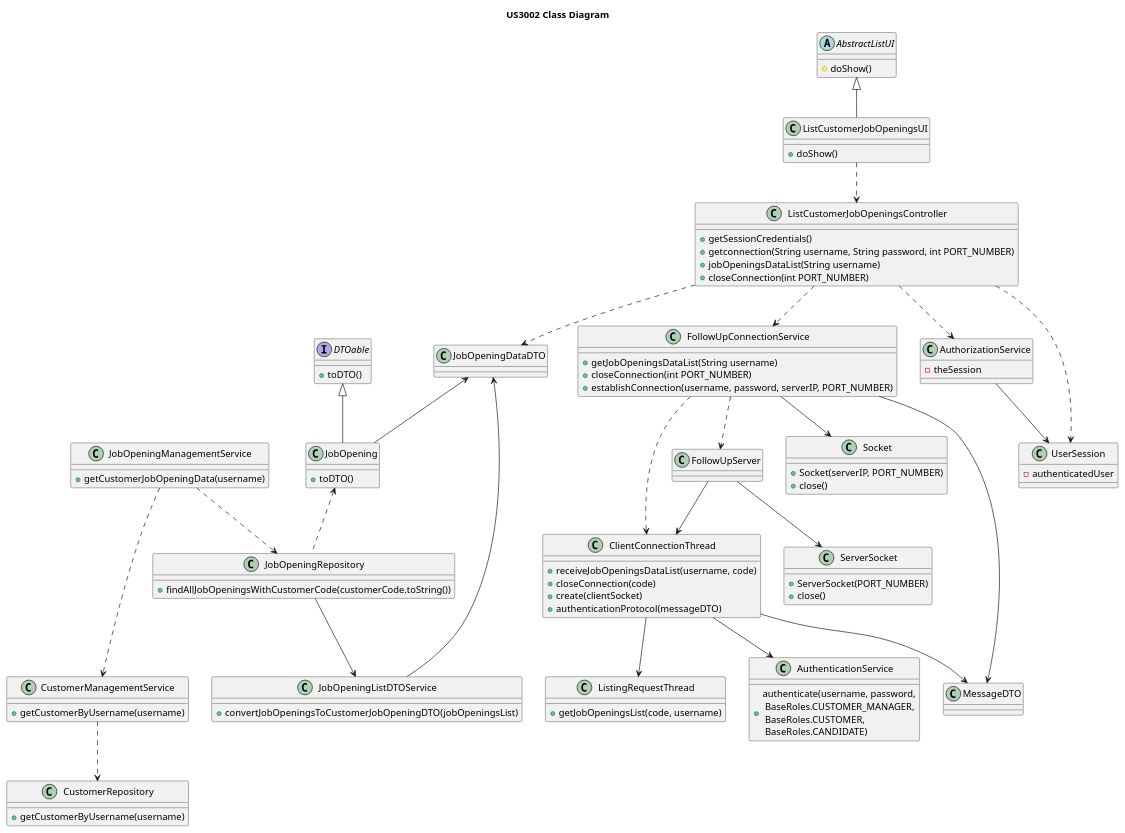
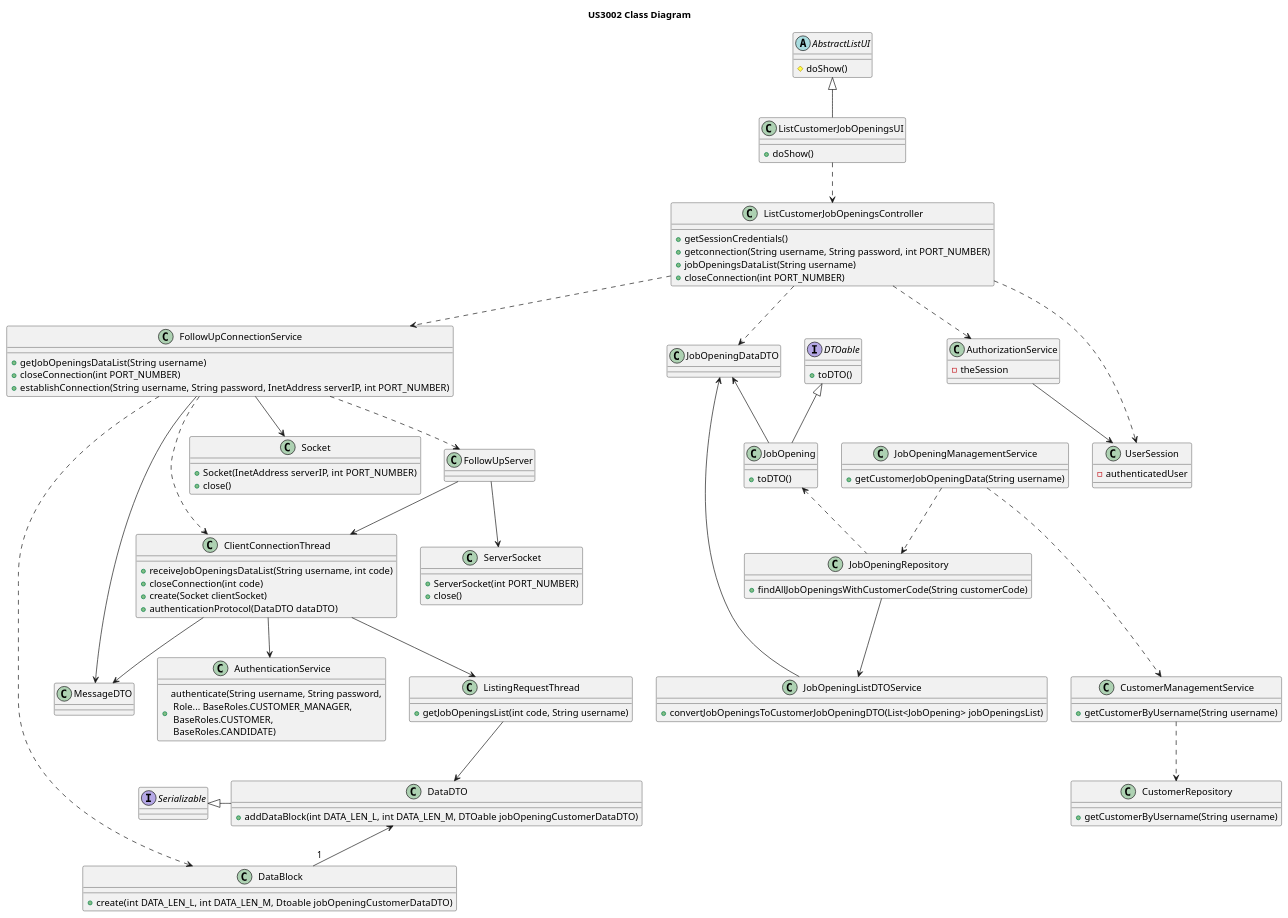
Before and after one commit to rita-barbosa/LAPR4-2324: the diagram in docs/sprint-c/us_3002/US3002_CD/us3002_cd.puml, drawn with PlantUML. The commit also changed 9 other files, not shown here.

```diff
--- a/docs/sprint-c/us_3002/US3002_CD/us3002_cd.puml
+++ b/docs/sprint-c/us_3002/US3002_CD/us3002_cd.puml
@@ -1,137 +1,154 @@
 @startuml
 'https://plantuml.com/class-diagram
 
 title US3002 Class Diagram
 
 abstract class AbstractListUI {
 # doShow()
 }
 
+interface Serializable {}
 
 interface DTOable {
 + toDTO()
 }
 
 class ListCustomerJobOpeningsUI {
 + doShow()
 }
 
 class ListCustomerJobOpeningsController {
 + getSessionCredentials()
 + getconnection(String username, String password, int PORT_NUMBER)
 + jobOpeningsDataList(String username)
 + closeConnection(int PORT_NUMBER)
 }
 
 
 class FollowUpConnectionService {
 + getJobOpeningsDataList(String username)
 + closeConnection(int PORT_NUMBER)
-+ establishConnection(username, password, serverIP, PORT_NUMBER)
++ establishConnection(String username, String password, InetAddress serverIP, int PORT_NUMBER)
 }
 
 
 
 class ClientConnectionThread {
-+ receiveJobOpeningsDataList(username, code)
-+ closeConnection(code)
-+ create(clientSocket)
-+ authenticationProtocol(messageDTO)
++ receiveJobOpeningsDataList(String username, int code)
++ closeConnection(int code)
++ create(Socket clientSocket)
++ authenticationProtocol(DataDTO dataDTO)
+}
+
+class DataDTO {
++ addDataBlock(int DATA_LEN_L, int DATA_LEN_M, DTOable jobOpeningCustomerDataDTO)
+}
+
+
+class DataBlock {
++ create(int DATA_LEN_L, int DATA_LEN_M, Dtoable jobOpeningCustomerDataDTO)
 }
 
 class ListingRequestThread {
-+ getJobOpeningsList(code, username)
++ getJobOpeningsList(int code, String username)
 }
 
 
 class JobOpeningManagementService {
-+ getCustomerJobOpeningData(username)
++ getCustomerJobOpeningData(String username)
 }
 
 
 class JobOpeningListDTOService {
-+ convertJobOpeningsToCustomerJobOpeningDTO(jobOpeningsList)
++ convertJobOpeningsToCustomerJobOpeningDTO(List<JobOpening> jobOpeningsList)
 }
 
 class CustomerManagementService {
-+ getCustomerByUsername(username)
++ getCustomerByUsername(String username)
 }
 
 class CustomerRepository {
-+ getCustomerByUsername(username)
++ getCustomerByUsername(String username)
 }
 
 class JobOpeningRepository {
-+ findAllJobOpeningsWithCustomerCode(customerCode.toString())
++ findAllJobOpeningsWithCustomerCode(String customerCode)
 }
 
 class AuthorizationService {
 - theSession
 }
 
 class UserSession {
 - authenticatedUser
 }
 
 class MessageDTO {}
 
 class FollowUpServer {}
 
 class AuthenticationService {
-+  authenticate(username, password,\n BaseRoles.CUSTOMER_MANAGER,\n BaseRoles.CUSTOMER,\n BaseRoles.CANDIDATE)
++  authenticate(String username, String password,\n Role... BaseRoles.CUSTOMER_MANAGER,\n BaseRoles.CUSTOMER,\n BaseRoles.CANDIDATE)
 }
 
 class JobOpening {
 + toDTO()
 }
 
 class Socket {
-+ Socket(serverIP, PORT_NUMBER)
++ Socket(InetAddress serverIP, int PORT_NUMBER)
 + close()
 }
 
 class ServerSocket {
-+ ServerSocket(PORT_NUMBER)
++ ServerSocket(int PORT_NUMBER)
 + close()
 }
 
 class JobOpeningDataDTO {}
 
 ' ASSOCIATIONS
 
 AbstractListUI <|-- ListCustomerJobOpeningsUI
 DTOable <|-- JobOpening
+Serializable <|- DataDTO
 
 ListCustomerJobOpeningsUI ..> ListCustomerJobOpeningsController
 
 ListCustomerJobOpeningsController ..> AuthorizationService
 ListCustomerJobOpeningsController ..> FollowUpConnectionService
 ListCustomerJobOpeningsController ..> JobOpeningDataDTO
 ListCustomerJobOpeningsController ..> UserSession
 
 
 FollowUpConnectionService ..> FollowUpServer
 FollowUpConnectionService ..> ClientConnectionThread
 FollowUpServer --> ClientConnectionThread
 ClientConnectionThread --> ListingRequestThread
 ClientConnectionThread --> AuthenticationService
 ClientConnectionThread --> MessageDTO
 
 FollowUpConnectionService --> Socket
 FollowUpServer --> ServerSocket
 
 JobOpeningManagementService ..> JobOpeningRepository
 JobOpeningRepository .up.> JobOpening
 JobOpening -up-> JobOpeningDataDTO
 JobOpeningListDTOService -up-> JobOpeningDataDTO
 JobOpeningRepository --> JobOpeningListDTOService
 
 JobOpeningManagementService ...> CustomerManagementService
 
 CustomerManagementService ..> CustomerRepository
 
 MessageDTO <-- FollowUpConnectionService
 
 AuthorizationService --> UserSession
 
+ListingRequestThread --> DataDTO
+
+DataDTO <-- "1" DataBlock
+
+FollowUpConnectionService .> DataBlock
+
 @enduml
```
